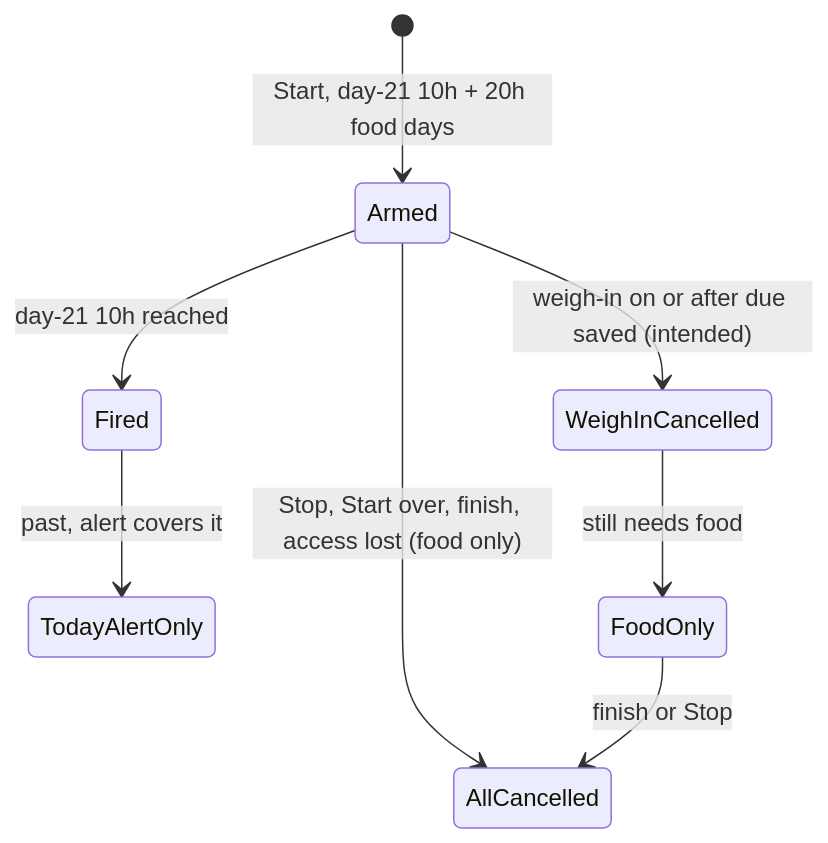
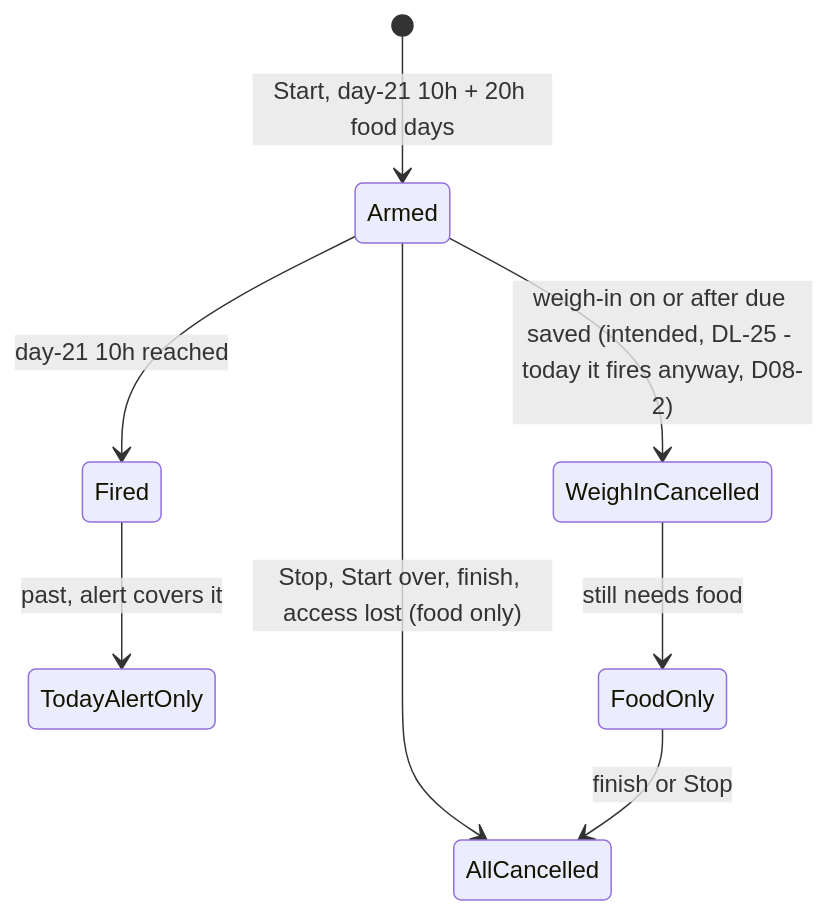
One commit to evandroviskis/dosetrace changed the fourth of 4 diagrams in docs/product/flows/08-reality-check.md. Above: the diagram before and after it, drawn with Mermaid. The commit also changed other lines of this file and 26 other files, not shown here.

Commit message:
docs/product: round-2 corrections propagated to PRD (G-1..G-233), TRD + dossiers, flows + Portuguese picture from the final registers; 105 diagrams parse; zero stale ids

````diff
--- a/docs/product/flows/08-reality-check.md
+++ b/docs/product/flows/08-reality-check.md
@@ -133,10 +133,10 @@
 ```mermaid
 stateDiagram-v2
     [*] --> Armed: Start, day-21 10h + 20h food days
-    Armed --> WeighInCancelled: weigh-in on or after due saved (intended)
+    Armed --> WeighInCancelled: weigh-in on or after due saved (intended, DL-25 - today it fires anyway, D08-2)
     Armed --> Fired: day-21 10h reached
     Fired --> TodayAlertOnly: past, alert covers it
     Armed --> AllCancelled: Stop, Start over, finish, access lost (food only)
     WeighInCancelled --> FoodOnly: still needs food
     FoodOnly --> AllCancelled: finish or Stop
 ```
````
